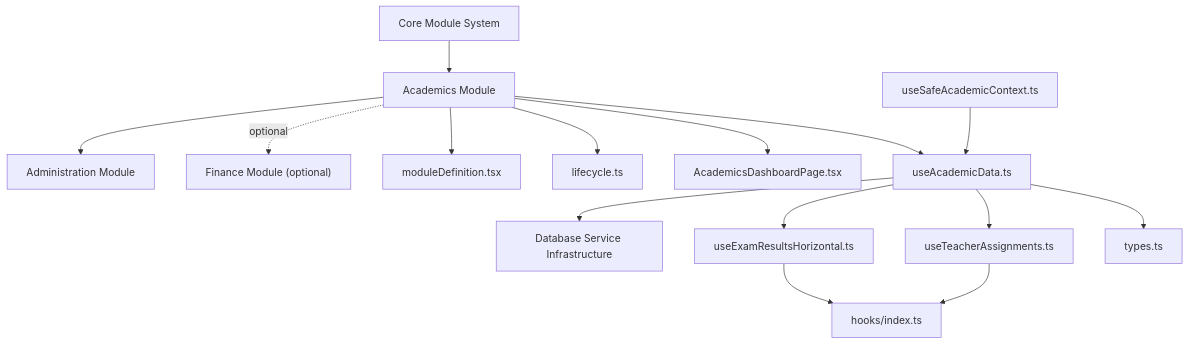
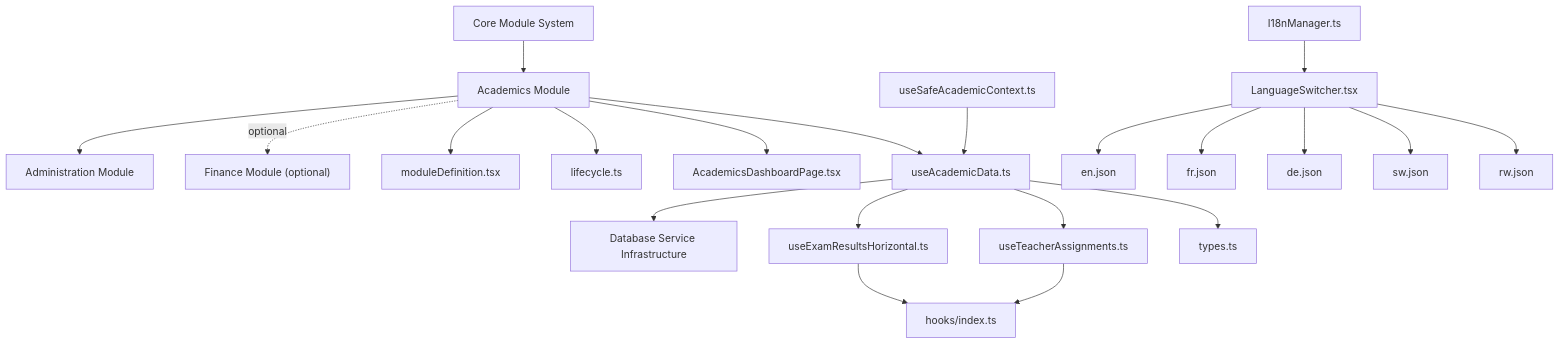
One commit to geniusdynamics/schoolpilot changed the second of 9 diagrams in .qoder/repowiki/en/content/Modules System/Academics Module.md. Above: the diagram before and after it, drawn with Mermaid. The commit also changed other lines of this file and 16 other files, not shown here.

````diff
--- a/.qoder/repowiki/en/content/Modules System/Academics Module.md
+++ b/.qoder/repowiki/en/content/Modules System/Academics Module.md
@@ -118,31 +131,44 @@
 ```mermaid
 graph TB
 Core["Core Module System"]
 Admin["Administration Module"]
 Finance["Finance Module (optional)"]
 DB["Database Service Infrastructure"]
 AM["Academics Module"]
 MD["moduleDefinition.tsx"]
 LC["lifecycle.ts"]
 DP["AcademicsDashboardPage.tsx"]
 DATA["useAcademicData.ts"]
 CVH["useExamResultsHorizontal.ts"]
 CTA["useTeacherAssignments.ts"]
 HOOKS["hooks/index.ts"]
 TYPES["types.ts"]
 SAFE["useSafeAcademicContext.ts"]
+I18N["I18nManager.ts"]
+LS["LanguageSwitcher.tsx"]
+EN["en.json"]
+FR["fr.json"]
+DE["de.json"]
+SW["sw.json"]
+RW["rw.json"]
 Core --> AM
 AM --> MD
 AM --> LC
 AM --> DP
 AM --> DATA
 DATA --> CVH
 DATA --> CTA
 DATA --> DB
 DATA --> TYPES
 CVH --> HOOKS
 CTA --> HOOKS
 SAFE --> DATA
 AM -. optional .-> Finance
 AM --> Admin
+I18N --> LS
+LS --> EN
+LS --> FR
+LS --> DE
+LS --> SW
+LS --> RW
 ```
````
